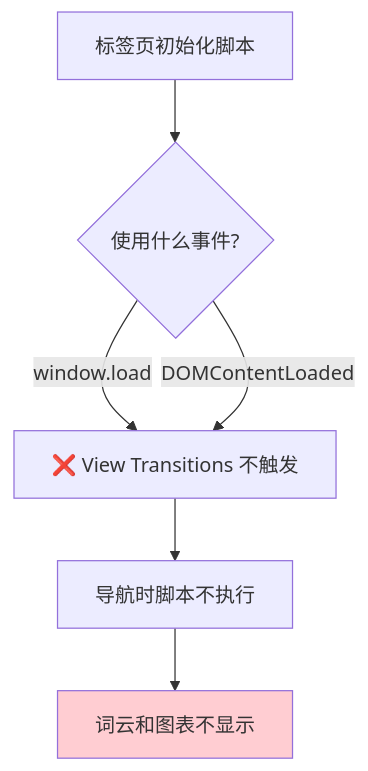
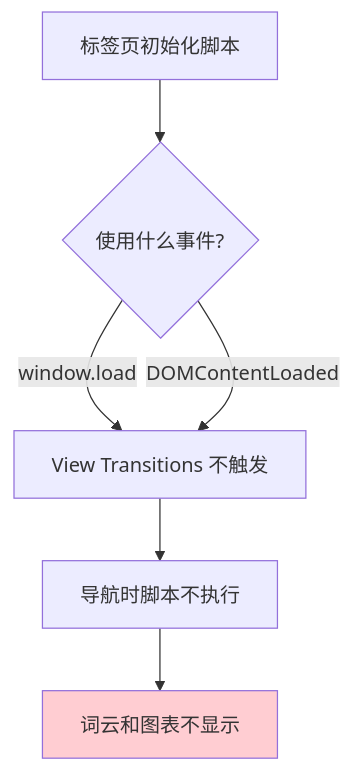
Diagram 11 of 17 in src/content/blog/25-11-25-20-00.md (LogicShao/Misaka-Net-Blog), drawn with Mermaid before and after one commit. The commit also changed other lines of this file and 10 other files, not shown here.

Commit message:
Optimize Mermaid rendering; implement lazy loading and rendering queue to improve performance and prevent blocking

````diff
--- a/src/content/blog/25-11-25-20-00.md
+++ b/src/content/blog/25-11-25-20-00.md
@@ -270,11 +270,11 @@
 ```mermaid
 graph TD
     A[标签页初始化脚本] --> B{使用什么事件?}
-    B -->|window.load| C[❌ View Transitions 不触发]
+    B -->|window.load| C[View Transitions 不触发]
     B -->|DOMContentLoaded| C
 
     C --> D[导航时脚本不执行]
     D --> E[词云和图表不显示]
 
     style E fill:#ffcdd2
 ```
````
